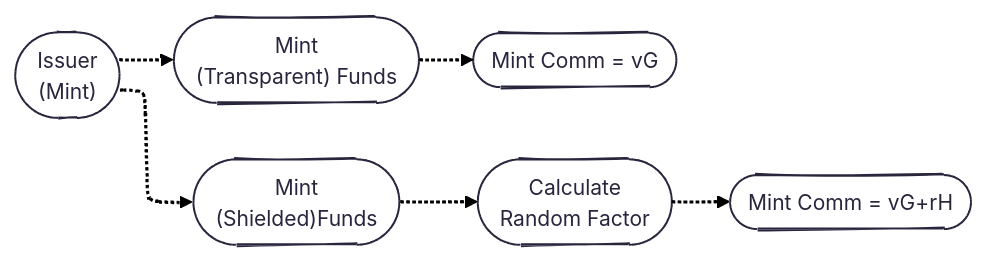
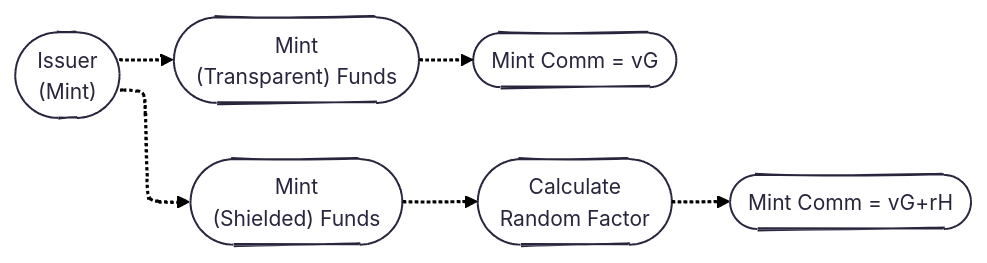
One commit to raylsnetwork/Enygma changed the fourth of 9 diagrams in enygma_payments/README.md. Above: the diagram before and after it, drawn with Mermaid.

Commit message:
Fix formatting in README for shielded funds

````diff
--- a/enygma_payments/README.md
+++ b/enygma_payments/README.md
@@ -83,23 +83,23 @@
 ```mermaid
 ---
 config:
   theme: redux
   layout: elk
   look: handDrawn
 ---
 flowchart LR
 
     %% I (Mint)
     i_mint(["Issuer<br>(Mint)"])
     mint_transparent(["Mint<br>(Transparent) Funds"])
     mint_ttx(["Mint Comm = vG"])
-    mint_shield(["Mint<br>(Shielded)Funds"])
+    mint_shield(["Mint<br>(Shielded) Funds"])
     calculate_r(["Calculate<br>Random Factor"])
     mint_stx(["Mint Comm = vG+rH"])
 
 
     %% Flow Connections
     i_mint -.-> mint_transparent -.-> mint_ttx
     i_mint -.-> mint_shield -.-> calculate_r -.-> mint_stx
 
 ```
````
